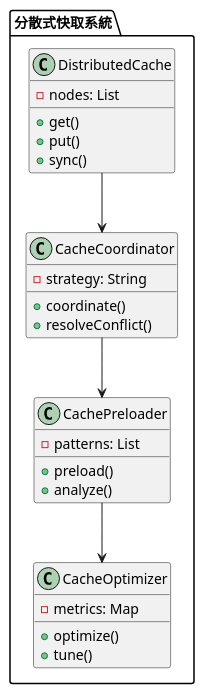
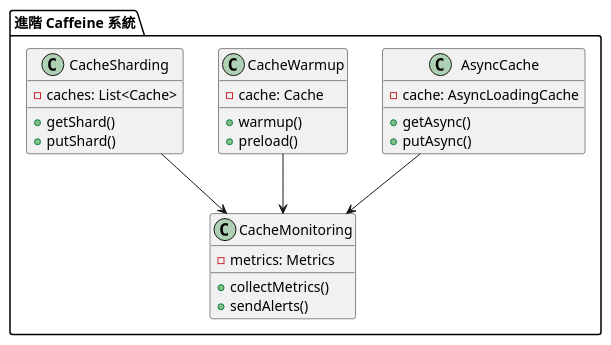
One commit to fine5351/info-sync changed the third of 3 diagrams in doc/learning/architecture/cache_tutorial.md. Above: the diagram before and after it, drawn with PlantUML. The commit also changed other lines of this file and 9 other files, not shown here.

````diff
--- a/doc/learning/architecture/cache_tutorial.md
+++ b/doc/learning/architecture/cache_tutorial.md
@@ -257,34 +193,33 @@
 ```plantuml
 @startuml
-package "分散式快取系統" {
-    class DistributedCache {
-        - nodes: List
-        + get()
-        + put()
-        + sync()
+package "進階 Caffeine 系統" {
+    class AsyncCache {
+        - cache: AsyncLoadingCache
+        + getAsync()
+        + putAsync()
     }
     
-    class CacheCoordinator {
-        - strategy: String
-        + coordinate()
-        + resolveConflict()
+    class CacheWarmup {
+        - cache: Cache
+        + warmup()
+        + preload()
     }
     
-    class CachePreloader {
-        - patterns: List
-        + preload()
-        + analyze()
+    class CacheSharding {
+        - caches: List<Cache>
+        + getShard()
+        + putShard()
     }
     
-    class CacheOptimizer {
-        - metrics: Map
-        + optimize()
-        + tune()
+    class CacheMonitoring {
+        - metrics: Metrics
+        + collectMetrics()
+        + sendAlerts()
     }
 }
 
-DistributedCache --> CacheCoordinator
-CacheCoordinator --> CachePreloader
-CachePreloader --> CacheOptimizer
+AsyncCache --> CacheMonitoring
+CacheWarmup --> CacheMonitoring
+CacheSharding --> CacheMonitoring
 @enduml
 ```
````
